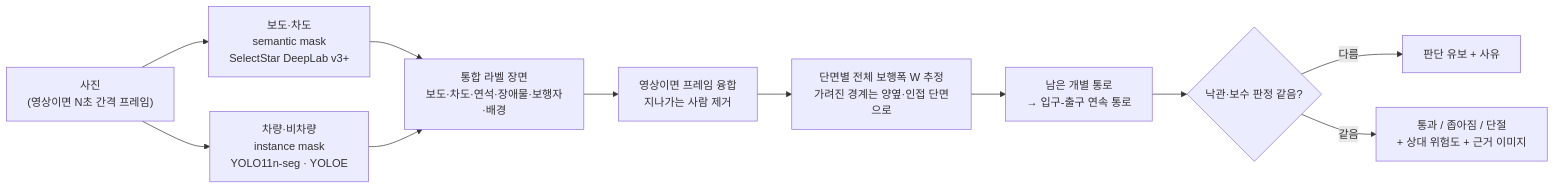
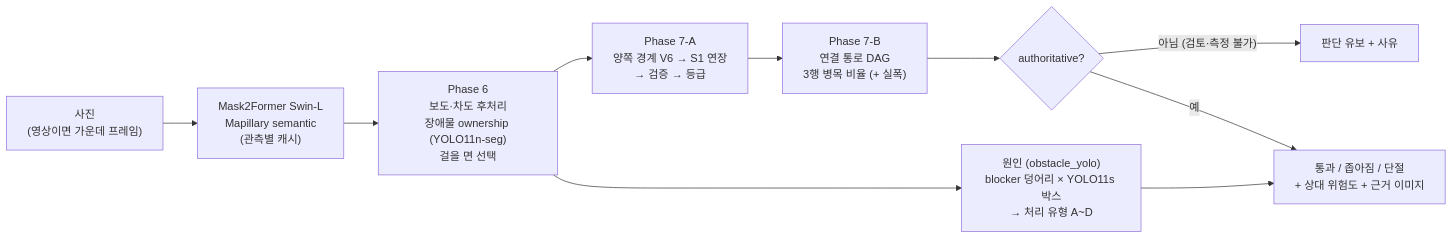
Before and after one commit to KingHaKyung/RoadPush_BE: the second of 4 diagrams in docs/GUIDE.md, drawn with Mermaid. The commit also changed other lines of this file and 31 other files, not shown here.

First line of the commit message:
RoadPush_AI 팀 파이프라인 연결: Phase 6 → 7-A → 7-B, 장애물 원인

````diff
--- a/docs/GUIDE.md
+++ b/docs/GUIDE.md
@@ -60,13 +62,12 @@
 ```mermaid
 flowchart LR
-    F["사진<br/>(영상이면 N초 간격 프레임)"] --> S["보도·차도<br/>semantic mask<br/>SelectStar DeepLab v3+"]
-    F --> O["차량·비차량<br/>instance mask<br/>YOLO11n-seg · YOLOE"]
-    S --> C["통합 라벨 장면<br/>보도·차도·연석·장애물·보행자·배경"]
-    O --> C
-    C --> V["영상이면 프레임 융합<br/>지나가는 사람 제거"]
-    V --> W["단면별 전체 보행폭 W 추정<br/>가려진 경계는 양옆·인접 단면으로"]
-    W --> P["남은 개별 통로<br/>→ 입구-출구 연속 통로"]
-    P --> J{"낙관·보수 판정 같음?"}
-    J -- 다름 --> U["판단 유보 + 사유"]
-    J -- 같음 --> R["통과 / 좁아짐 / 단절<br/>+ 상대 위험도 + 근거 이미지"]
+    F["사진<br/>(영상이면 가운데 프레임)"] --> M["Mask2Former Swin-L<br/>Mapillary semantic<br/>(관측별 캐시)"]
+    M --> P6["Phase 6<br/>보도·차도 후처리<br/>장애물 ownership (YOLO11n-seg)<br/>걸을 면 선택"]
+    P6 --> P7A["Phase 7-A<br/>양쪽 경계 V6 → S1 연장<br/>→ 검증 → 등급"]
+    P7A --> P7B["Phase 7-B<br/>연결 통로 DAG<br/>3행 병목 비율 (+ 실폭)"]
+    P6 --> CA["원인 (obstacle_yolo)<br/>blocker 덩어리 × YOLO11s 박스<br/>→ 처리 유형 A~D"]
+    P7B --> J{"authoritative?"}
+    J -- "아님 (검토·측정 불가)" --> U["판단 유보 + 사유"]
+    J -- 예 --> R["통과 / 좁아짐 / 단절<br/>+ 상대 위험도 + 근거 이미지"]
+    CA --> R
 ```
````
